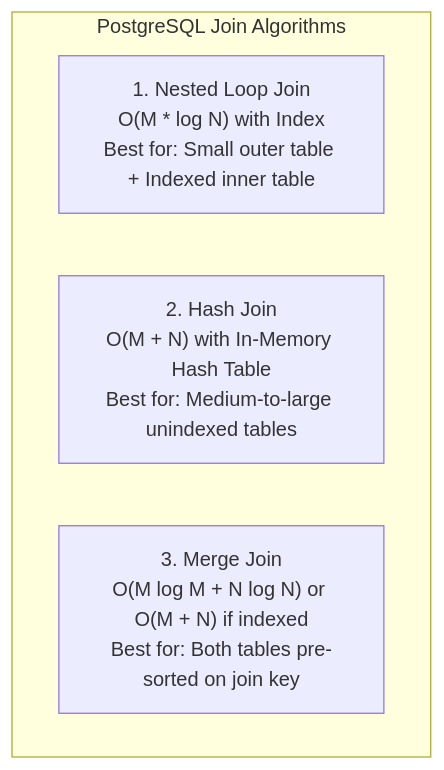
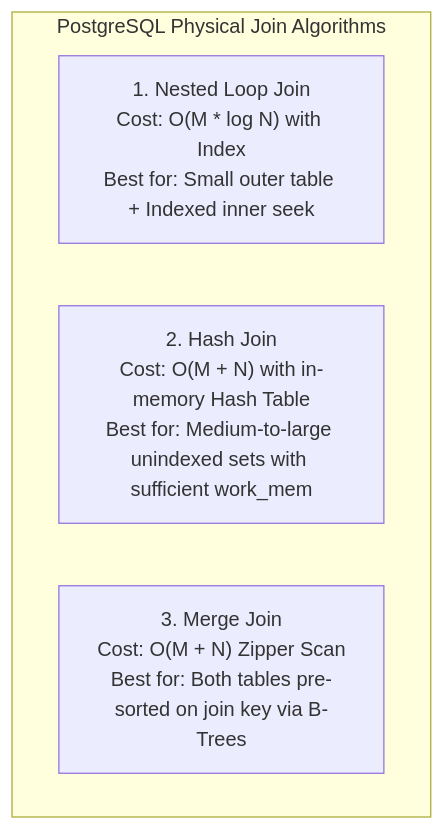
Before and after one commit to weaponxwolf/backend-engineering-mastry: the third of 4 diagrams in docs/database/relationships-joins.mdx, drawn with Mermaid. The commit also changed other lines of this file and 16 other files, not shown here.

````diff
--- a/docs/database/relationships-joins.mdx
+++ b/docs/database/relationships-joins.mdx
@@ -51,8 +126,8 @@
 ```mermaid
 graph TD
-    subgraph JoinAlgorithms ["PostgreSQL Join Algorithms"]
-        NL["1. Nested Loop Join<br/>O(M * log N) with Index<br/>Best for: Small outer table + Indexed inner table"]
-        HJ["2. Hash Join<br/>O(M + N) with In-Memory Hash Table<br/>Best for: Medium-to-large unindexed tables"]
-        MJ["3. Merge Join<br/>O(M log M + N log N) or O(M + N) if indexed<br/>Best for: Both tables pre-sorted on join key"]
+    subgraph JoinAlgorithms ["PostgreSQL Physical Join Algorithms"]
+        NL["1. Nested Loop Join<br/>Cost: O(M * log N) with Index<br/>Best for: Small outer table + Indexed inner seek"]
+        HJ["2. Hash Join<br/>Cost: O(M + N) with in-memory Hash Table<br/>Best for: Medium-to-large unindexed sets with sufficient work_mem"]
+        MJ["3. Merge Join<br/>Cost: O(M + N) Zipper Scan<br/>Best for: Both tables pre-sorted on join key via B-Trees"]
     end
 ```
````
